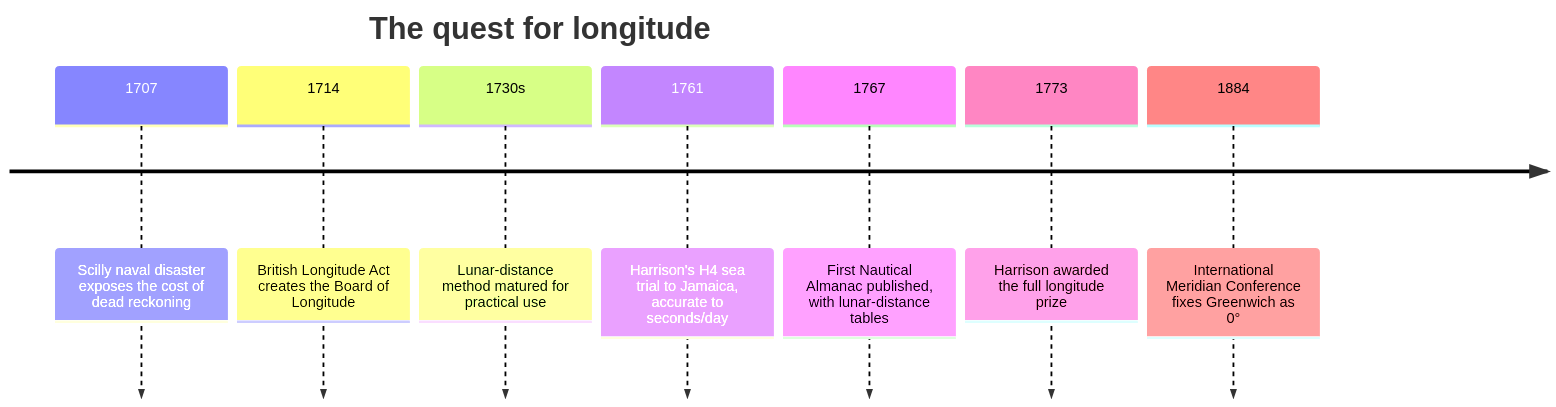
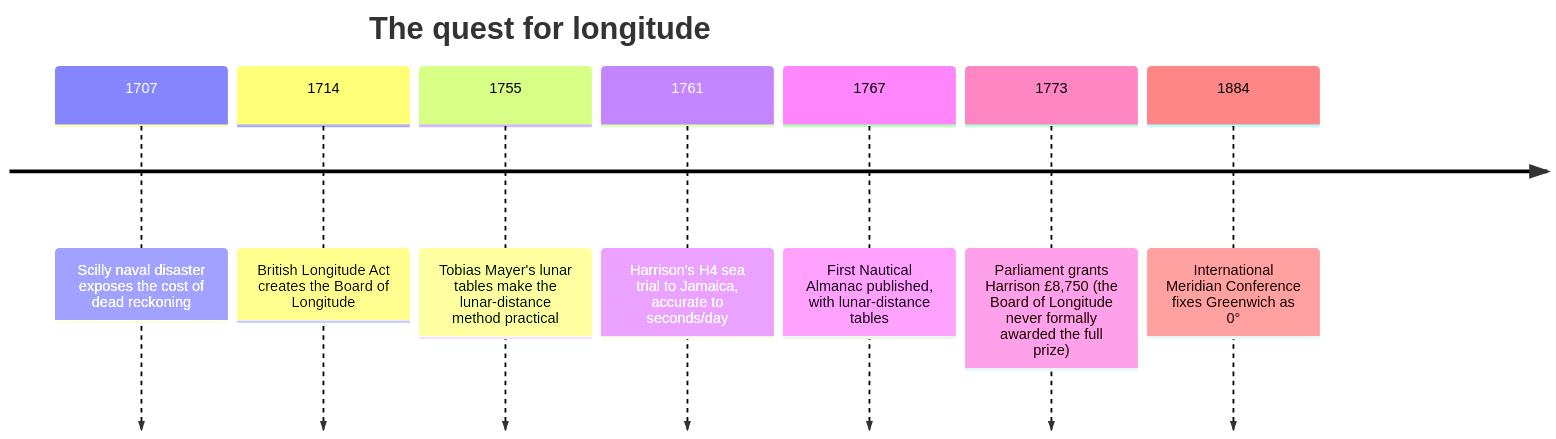
The first of 2 diagrams in README.md (Daniel-relabs/celestial), drawn with Mermaid before and after one commit. The commit also changed other lines of this file and 2 other files, not shown here.

````diff
--- a/README.md
+++ b/README.md
@@ -27,11 +27,11 @@
 ```mermaid
 timeline
     title The quest for longitude
     1707 : Scilly naval disaster exposes the cost of dead reckoning
     1714 : British Longitude Act creates the Board of Longitude
-    1730s : Lunar-distance method matured for practical use
+    1755 : Tobias Mayer's lunar tables make the lunar-distance method practical
     1761 : Harrison's H4 sea trial to Jamaica, accurate to seconds/day
     1767 : First Nautical Almanac published, with lunar-distance tables
-    1773 : Harrison awarded the full longitude prize
+    1773 : Parliament grants Harrison £8,750 (the Board of Longitude never formally awarded the full prize)
     1884 : International Meridian Conference fixes Greenwich as 0°
 ```
````
